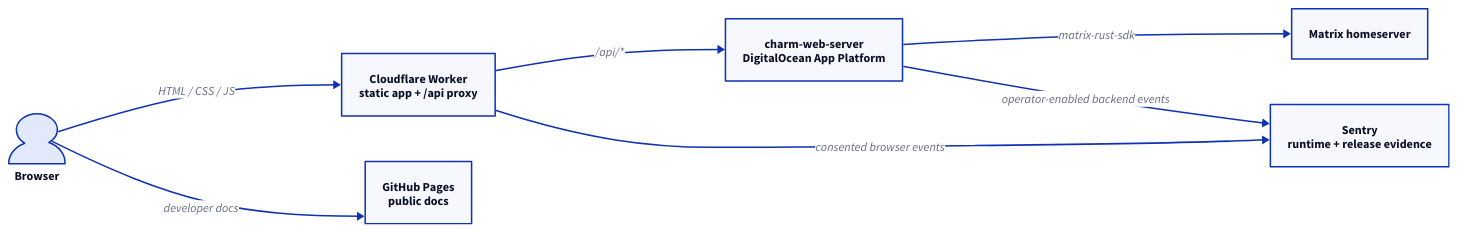
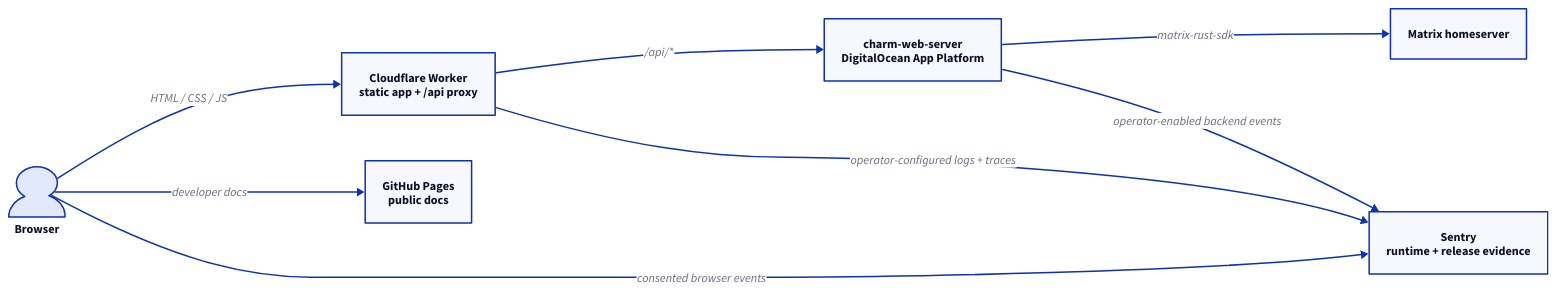
The diagram in docs-site/src/content/docs/operations/overview.md (CloudHub-Social/Charm), drawn with D2 before and after one commit. The commit also changed other lines of this file, not shown here.

Commit message:
docs: distinguish worker observability

````diff
--- a/docs-site/src/content/docs/operations/overview.md
+++ b/docs-site/src/content/docs/operations/overview.md
@@ -10,29 +10,30 @@
 ```d2
 direction: right
 
 Browser: {
   shape: person
 }
 Cloudflare Worker: {
   label: "Cloudflare Worker\nstatic app + /api proxy"
 }
 Companion API: {
   label: "charm-web-server\nDigitalOcean App Platform"
 }
 Homeserver: {
   label: "Matrix homeserver"
 }
 GitHub Pages: {
   label: "GitHub Pages\npublic docs"
 }
 Sentry: {
   label: "Sentry\nruntime + release evidence"
 }
 
 Browser -> Cloudflare Worker: "HTML / CSS / JS"
 Cloudflare Worker -> Companion API: "/api/*"
 Companion API -> Homeserver: "matrix-rust-sdk"
 Browser -> GitHub Pages: "developer docs"
-Cloudflare Worker -> Sentry: "consented browser events"
+Browser -> Sentry: "consented browser events"
+Cloudflare Worker -> Sentry: "operator-configured logs + traces"
 Companion API -> Sentry: "operator-enabled backend events"
 ```
````
